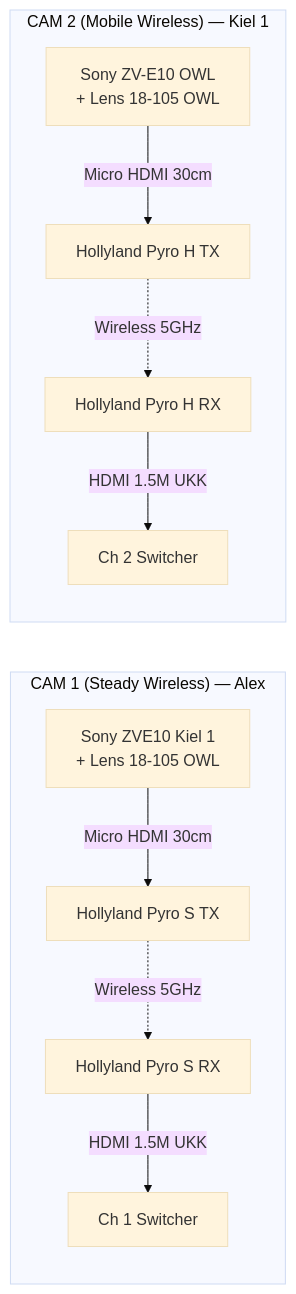
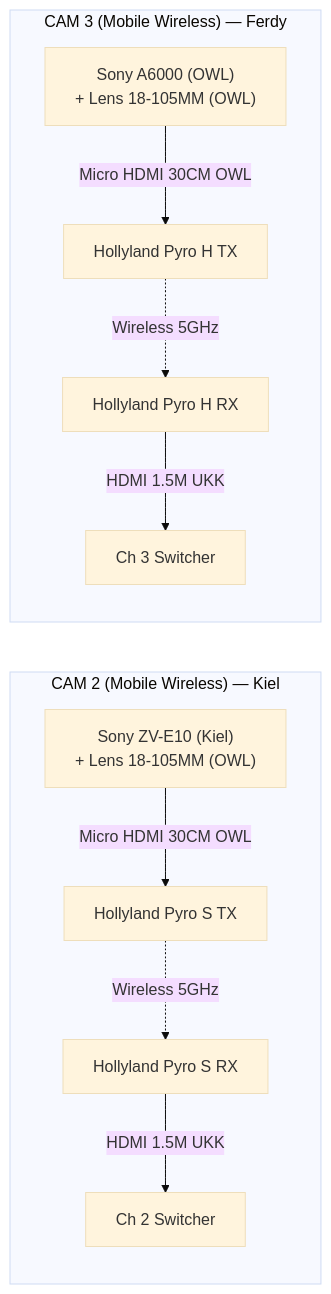
One commit to zzdree/ip26-production changed the third of 8 diagrams in README.md. Above: the diagram before and after it, drawn with Mermaid (base theme). The commit also changed other lines of this file and 9 other files, not shown here.

First line of the commit message:
feat: synchronize master architecture, camera routing, and 18-lender inventory (158 items)

````diff
--- a/README.md
+++ b/README.md
@@ -197,14 +180,14 @@
 ```mermaid
 flowchart LR
-    subgraph CAM_1["CAM 1 (Steady Wireless) — Alex"]
-        C1["Sony ZVE10 Kiel 1<br/>+ Lens 18-105 OWL"] -->|Micro HDMI 30cm| TX1["Hollyland Pyro S TX"]
-        TX1 -.->|Wireless 5GHz| RX1["Hollyland Pyro S RX"]
-        RX1 -->|HDMI 1.5M UKK| SW_IN1["Ch 1 Switcher"]
+    subgraph CAM_2["CAM 2 (Mobile Wireless) — Kiel"]
+        C2["Sony ZV-E10 (Kiel)<br/>+ Lens 18-105MM (OWL)"] -->|Micro HDMI 30CM OWL| TX2["Hollyland Pyro S TX"]
+        TX2 -.->|Wireless 5GHz| RX2["Hollyland Pyro S RX"]
+        RX2 -->|HDMI 1.5M UKK| SW_IN2["Ch 2 Switcher"]
     end
 
-    subgraph CAM_2["CAM 2 (Mobile Wireless) — Kiel 1"]
-        C2["Sony ZV-E10 OWL<br/>+ Lens 18-105 OWL"] -->|Micro HDMI 30cm| TX2["Hollyland Pyro H TX"]
-        TX2 -.->|Wireless 5GHz| RX2["Hollyland Pyro H RX"]
-        RX2 -->|HDMI 1.5M UKK| SW_IN2["Ch 2 Switcher"]
+    subgraph CAM_3["CAM 3 (Mobile Wireless) — Ferdy"]
+        C3["Sony A6000 (OWL)<br/>+ Lens 18-105MM (OWL)"] -->|Micro HDMI 30CM OWL| TX3["Hollyland Pyro H TX"]
+        TX3 -.->|Wireless 5GHz| RX3["Hollyland Pyro H RX"]
+        RX3 -->|HDMI 1.5M UKK| SW_IN3["Ch 3 Switcher"]
     end
 ```
````
